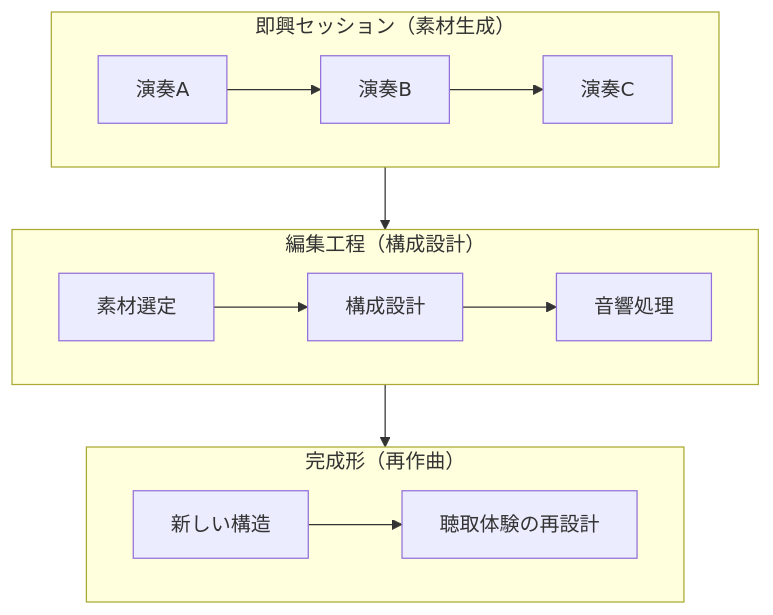
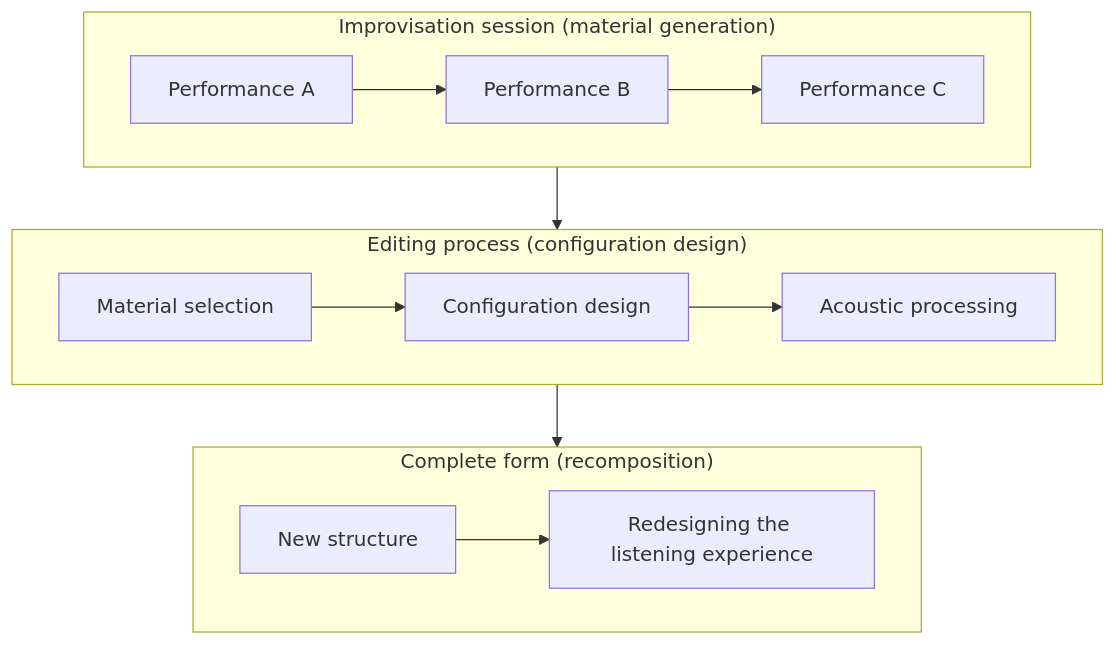
The sixth of 12 diagrams in en/_posts/2025-10-28-column-macero-miles.md (monumental-movement/monumental-movement.github.io), drawn with Mermaid before and after one commit. The commit also changed other lines of this file and 152 other files, not shown here.

```diff
--- a/en/_posts/2025-10-28-column-macero-miles.md
+++ b/en/_posts/2025-10-28-column-macero-miles.md
@@ -288,15 +288,15 @@
 <div class="mermaid">
 
 graph TD
-    subgraph Improvisation["即興セッション（素材生成）"]
-        A1["演奏A"] --> A2["演奏B"] --> A3["演奏C"]
+    subgraph Improvisation["Improvisation session (material generation)"]
+        A1["Performance A"] --> A2["Performance B"] --> A3["Performance C"]
     end
-    subgraph Editing["編集工程（構成設計）"]
-        B1["素材選定"] --> B2["構成設計"] --> B3["音響処理"]
+    subgraph Editing["Editing process (configuration design)"]
+        B1["Material selection"] --> B2["Configuration design"] --> B3["Acoustic processing"]
     end
-    subgraph Composition["完成形（再作曲）"]
-        C1["新しい構造"] --> C2["聴取体験の再設計"]
+    subgraph Composition["Complete form (recomposition)"]
+        C1["New structure"] --> C2["Redesigning the listening experience"]
     end
     Improvisation --> Editing --> Composition
 
 </div>
```
